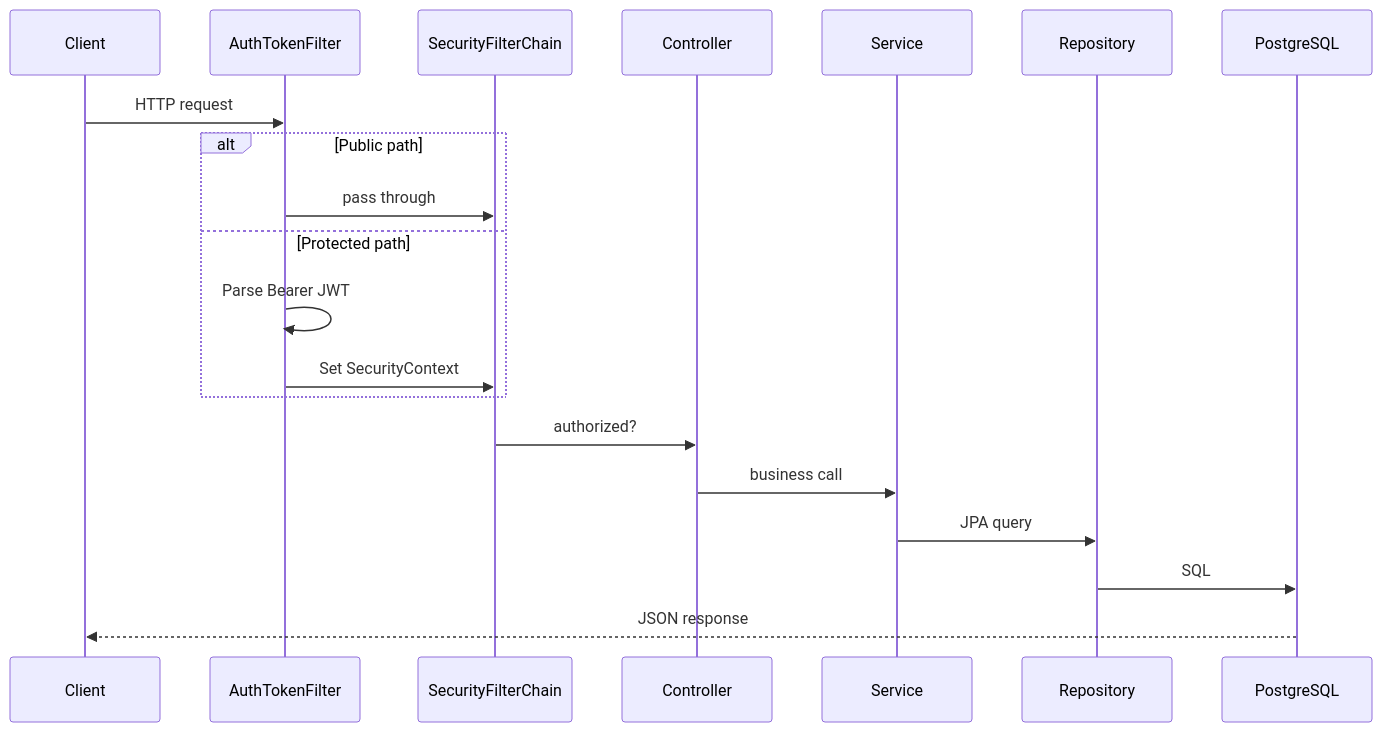
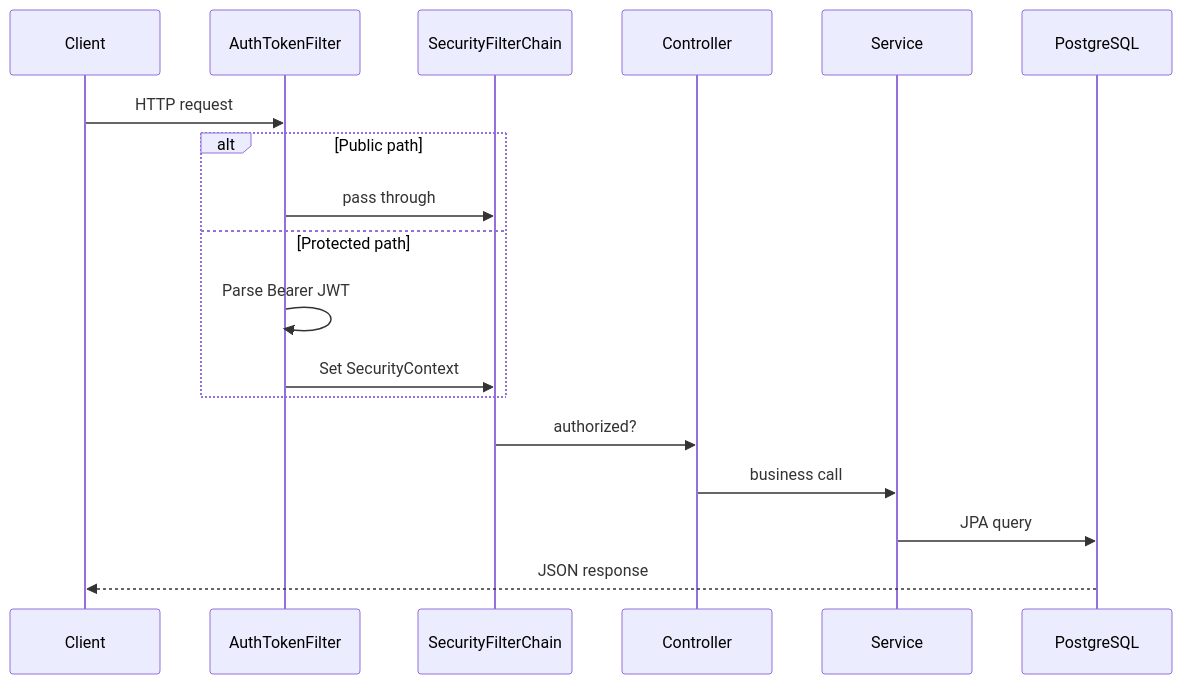
Before and after one commit to Abhav04/HiVi: the fourth of 7 diagrams in docs/BACKEND_FLOW.md, drawn with Mermaid. The commit also changed other lines of this file and 36 other files, not shown here.

````diff
--- a/docs/BACKEND_FLOW.md
+++ b/docs/BACKEND_FLOW.md
@@ -28,23 +351,21 @@
 ```mermaid
 sequenceDiagram
     participant C as Client
     participant ATF as AuthTokenFilter
     participant SC as SecurityFilterChain
     participant Ctrl as Controller
     participant Svc as Service
-    participant Repo as Repository
     participant DB as PostgreSQL
 
     C->>ATF: HTTP request
     alt Public path
         ATF->>SC: pass through
     else Protected path
         ATF->>ATF: Parse Bearer JWT
         ATF->>SC: Set SecurityContext
     end
     SC->>Ctrl: authorized?
     Ctrl->>Svc: business call
-    Svc->>Repo: JPA query
-    Repo->>DB: SQL
+    Svc->>DB: JPA query
     DB-->>C: JSON response
 ```
````
